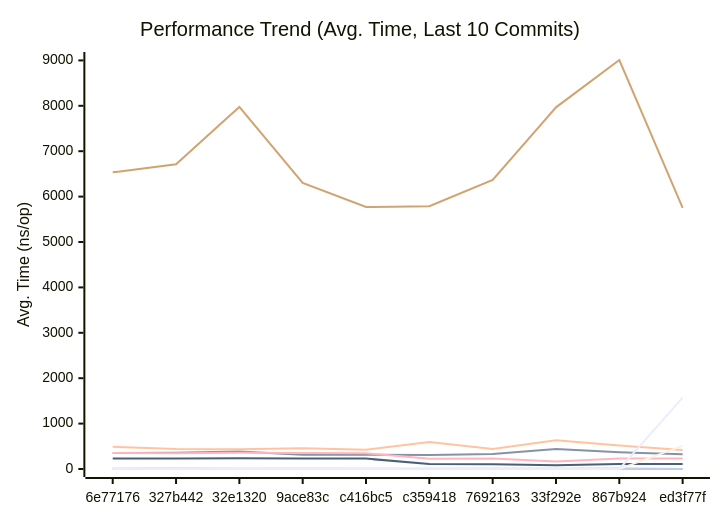
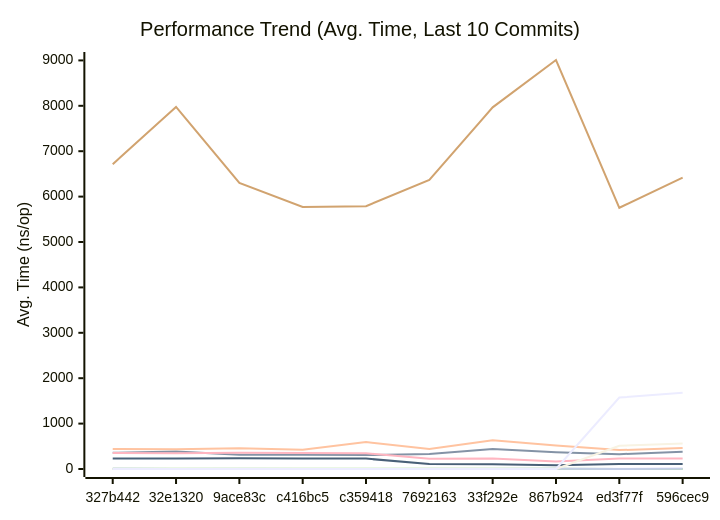
Before and after one commit to alsotoes/momo: the first of 3 diagrams in docs/PERFORMANCE.md, drawn with Mermaid. The commit also changed other lines of this file and 5 other files, not shown here.

````diff
--- a/docs/PERFORMANCE.md
+++ b/docs/PERFORMANCE.md
@@ -128,18 +128,18 @@
 ```mermaid
 xychart-beta
     title "Performance Trend (Avg. Time, Last 10 Commits)"
     x-axis "Commit"
     y-axis "Avg. Time (ns/op)"
-    x-axis [6e77176,327b442,32e1320,9ace83c,c416bc5,c359418,7692163,33f292e,867b924,ed3f77f]
-    line "CheckMetricsAndSwap" [10,9,8,9,8,8,9,13,13,8]
-    line "CrushOptimized" [351,357,386,313,315,308,332,438,367,326]
-    line "CrushOriginal" [491,441,433,459,426,593,442,635,518,416]
-    line "IndexDirectTracking" [0,0,0,0,0,0,0,0,1,0]
-    line "IndexSearch" [3,3,3,3,3,3,3,3,4,2]
-    line "LoadGlobalConfig" [6534,6713,7976,6301,5771,5790,6366,7966,9009,5754]
-    line "PadString" [2,3,2,2,2,2,2,2,3,2]
+    x-axis [327b442,32e1320,9ace83c,c416bc5,c359418,7692163,33f292e,867b924,ed3f77f,596cec9]
+    line "CheckMetricsAndSwap" [9,8,9,8,8,9,13,13,8,9]
+    line "CrushOptimized" [357,386,313,315,308,332,438,367,326,382]
+    line "CrushOriginal" [441,433,459,426,593,442,635,518,416,464]
+    line "IndexDirectTracking" [0,0,0,0,0,0,0,1,0,0]
+    line "IndexSearch" [3,3,3,3,3,3,3,4,2,2]
+    line "LoadGlobalConfig" [6713,7976,6301,5771,5790,6366,7966,9009,5754,6420]
+    line "PadString" [3,2,2,2,2,2,2,3,2,3]
     line "ParseReplicationOrder_NoPrealloc" [350,349,357,354,345,225,229,165,232,234]
     line "ParseReplicationOrder_Prealloc" [229,231,237,234,229,108,107,80,110,109]
-    line "SanitizeLog/Safe" [0,0,0,0,0,0,0,0,0,510]
-    line "SanitizeLog/Unsafe" [0,0,0,0,0,0,0,0,0,1574]
+    line "SanitizeLog/Safe" [0,0,0,0,0,0,0,0,510,564]
+    line "SanitizeLog/Unsafe" [0,0,0,0,0,0,0,0,1574,1680]
 ```
````
